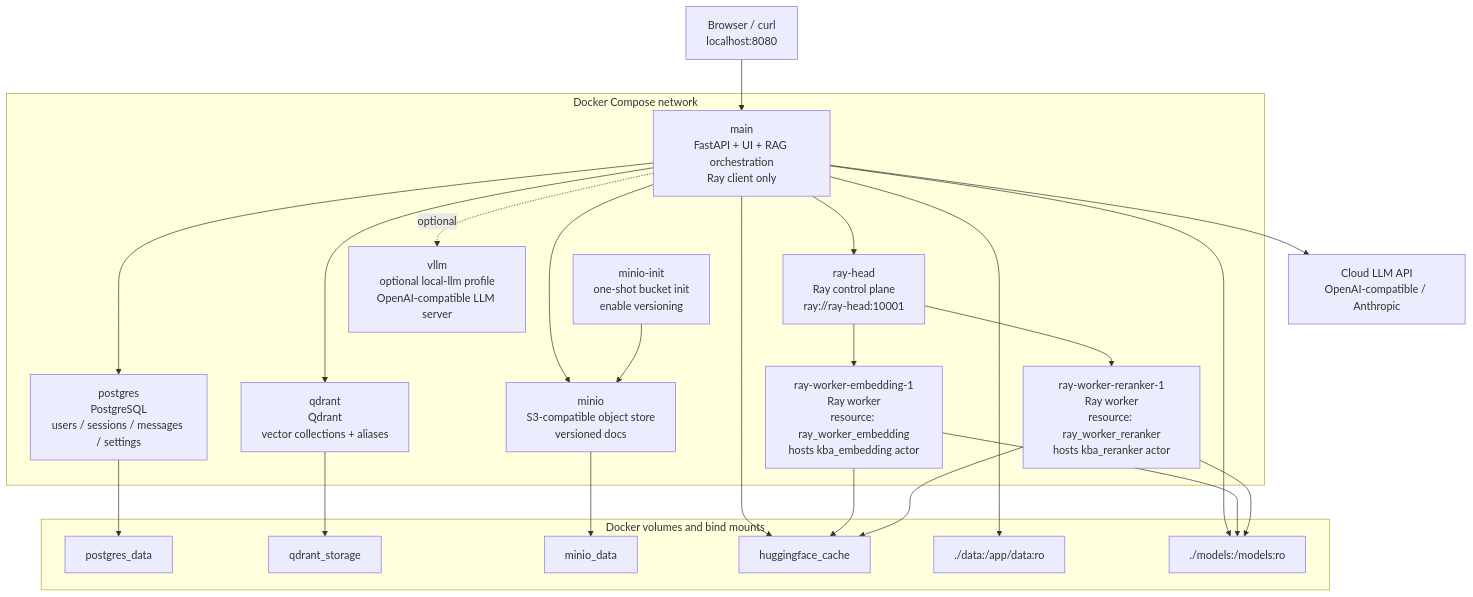
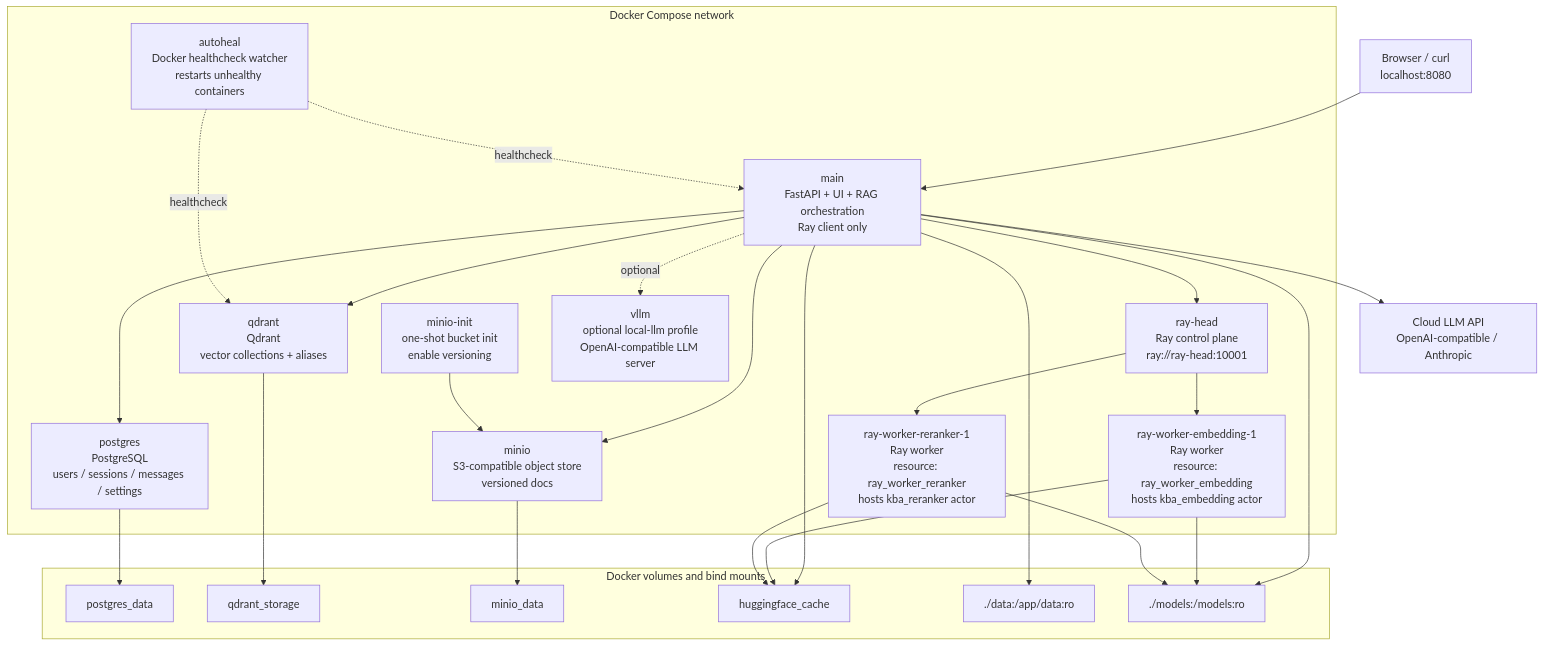
The first of 4 diagrams in readme.md (XingjiaYang/Knowledge-Base-Assistant), drawn with Mermaid before and after one commit. The commit also changed other lines of this file and 17 other files, not shown here.

````diff
--- a/readme.md
+++ b/readme.md
@@ -223,46 +225,49 @@
 ```mermaid
 flowchart TD
     User["Browser / curl<br/>localhost:8080"] --> Main["main<br/>FastAPI + UI + RAG orchestration<br/>Ray client only"]
 
     subgraph Compose["Docker Compose network"]
         Main
         PG["postgres<br/>PostgreSQL<br/>users / sessions / messages / settings"]
         Qdrant["qdrant<br/>Qdrant<br/>vector collections + aliases"]
         MinIO["minio<br/>S3-compatible object store<br/>versioned docs"]
         MinIOInit["minio-init<br/>one-shot bucket init<br/>enable versioning"]
         RayHead["ray-head<br/>Ray control plane<br/>ray://ray-head:10001"]
         EmbedWorker["ray-worker-embedding-1<br/>Ray worker<br/>resource: ray_worker_embedding<br/>hosts kba_embedding actor"]
         RerankWorker["ray-worker-reranker-1<br/>Ray worker<br/>resource: ray_worker_reranker<br/>hosts kba_reranker actor"]
+        Autoheal["autoheal<br/>Docker healthcheck watcher<br/>restarts unhealthy containers"]
         VLLM["vllm<br/>optional local-llm profile<br/>OpenAI-compatible LLM server"]
     end
 
     Main --> PG
     Main --> Qdrant
     Main --> MinIO
     Main --> RayHead
     MinIOInit --> MinIO
     RayHead --> EmbedWorker
     RayHead --> RerankWorker
+    Autoheal -. healthcheck .-> Main
+    Autoheal -. healthcheck .-> Qdrant
     Main -. optional .-> VLLM
     Main --> CloudLLM["Cloud LLM API<br/>OpenAI-compatible / Anthropic"]
 
     subgraph Volumes["Docker volumes and bind mounts"]
         PGVol["postgres_data"]
         QVol["qdrant_storage"]
         S3Vol["minio_data"]
         HFVol["huggingface_cache"]
         DataBind["./data:/app/data:ro"]
         ModelsBind["./models:/models:ro"]
     end
 
     PG --> PGVol
     Qdrant --> QVol
     MinIO --> S3Vol
     Main --> DataBind
     Main --> HFVol
     Main --> ModelsBind
     EmbedWorker --> HFVol
     EmbedWorker --> ModelsBind
     RerankWorker --> HFVol
     RerankWorker --> ModelsBind
 ```
````
